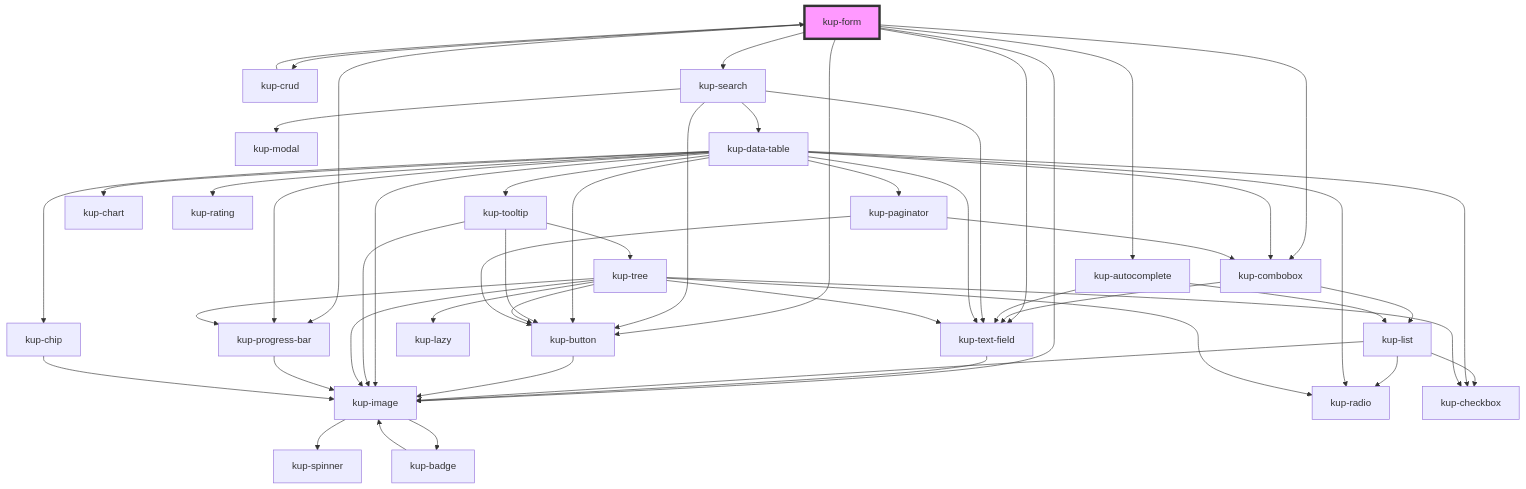
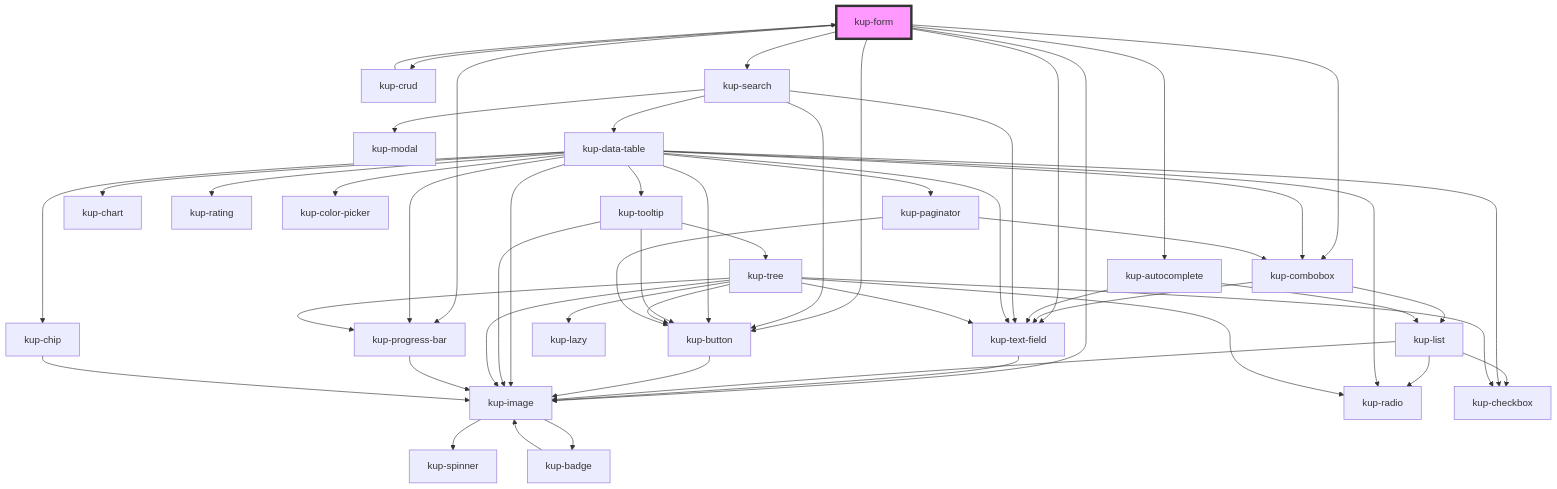
One commit to smeup/ketchup changed the diagram in packages/ketchup/src/components/kup-form/readme.md. Above: the diagram before and after it, drawn with Mermaid. The commit also changed 27 other files, not shown here.

Commit message:
color picker: new kup-color-picker component and managed J1COL objs and CLP shape in kup-datatable

````diff
--- a/packages/ketchup/src/components/kup-form/readme.md
+++ b/packages/ketchup/src/components/kup-form/readme.md
@@ -131,55 +131,56 @@
 ```mermaid
 graph TD;
   kup-form --> kup-combobox
   kup-form --> kup-crud
   kup-form --> kup-autocomplete
   kup-form --> kup-search
   kup-form --> kup-image
   kup-form --> kup-progress-bar
   kup-form --> kup-text-field
   kup-form --> kup-button
   kup-combobox --> kup-text-field
   kup-combobox --> kup-list
   kup-text-field --> kup-image
   kup-image --> kup-spinner
   kup-image --> kup-badge
   kup-badge --> kup-image
   kup-list --> kup-image
   kup-list --> kup-radio
   kup-list --> kup-checkbox
   kup-crud --> kup-form
   kup-button --> kup-image
   kup-autocomplete --> kup-text-field
   kup-autocomplete --> kup-list
   kup-search --> kup-text-field
   kup-search --> kup-button
   kup-search --> kup-modal
   kup-search --> kup-data-table
   kup-data-table --> kup-checkbox
   kup-data-table --> kup-button
   kup-data-table --> kup-text-field
   kup-data-table --> kup-tooltip
   kup-data-table --> kup-image
   kup-data-table --> kup-chart
   kup-data-table --> kup-progress-bar
   kup-data-table --> kup-rating
+  kup-data-table --> kup-color-picker
   kup-data-table --> kup-radio
   kup-data-table --> kup-paginator
   kup-data-table --> kup-combobox
   kup-data-table --> kup-chip
   kup-tooltip --> kup-button
   kup-tooltip --> kup-image
   kup-tooltip --> kup-tree
   kup-tree --> kup-lazy
   kup-tree --> kup-button
   kup-tree --> kup-checkbox
   kup-tree --> kup-image
   kup-tree --> kup-progress-bar
   kup-tree --> kup-radio
   kup-tree --> kup-text-field
   kup-progress-bar --> kup-image
   kup-paginator --> kup-button
   kup-paginator --> kup-combobox
   kup-chip --> kup-image
   style kup-form fill:#f9f,stroke:#333,stroke-width:4px
 ```
````
